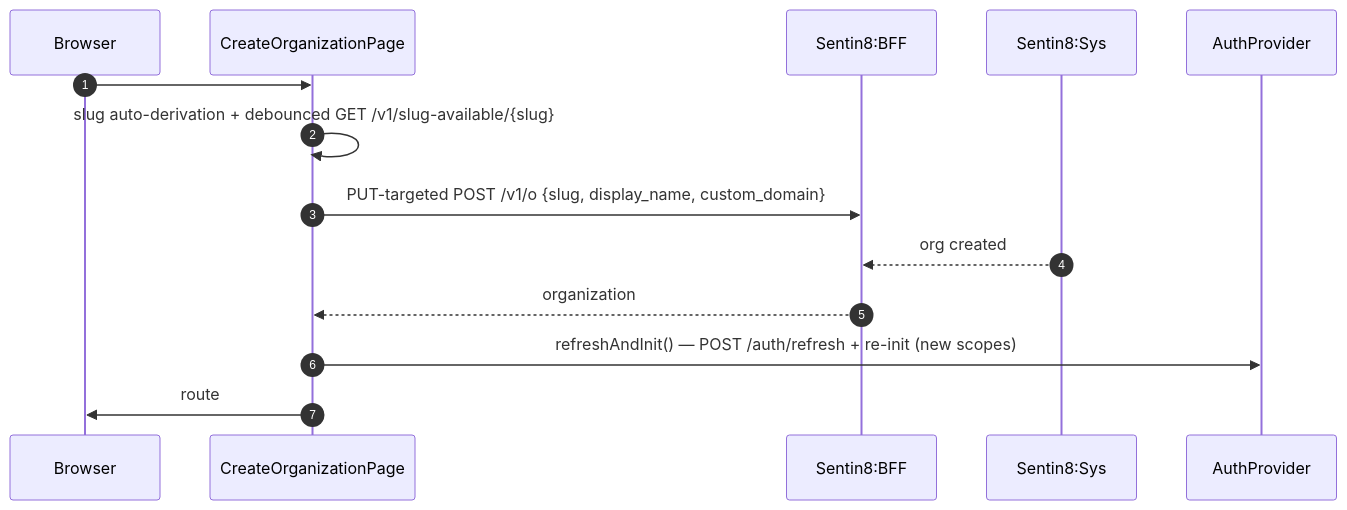
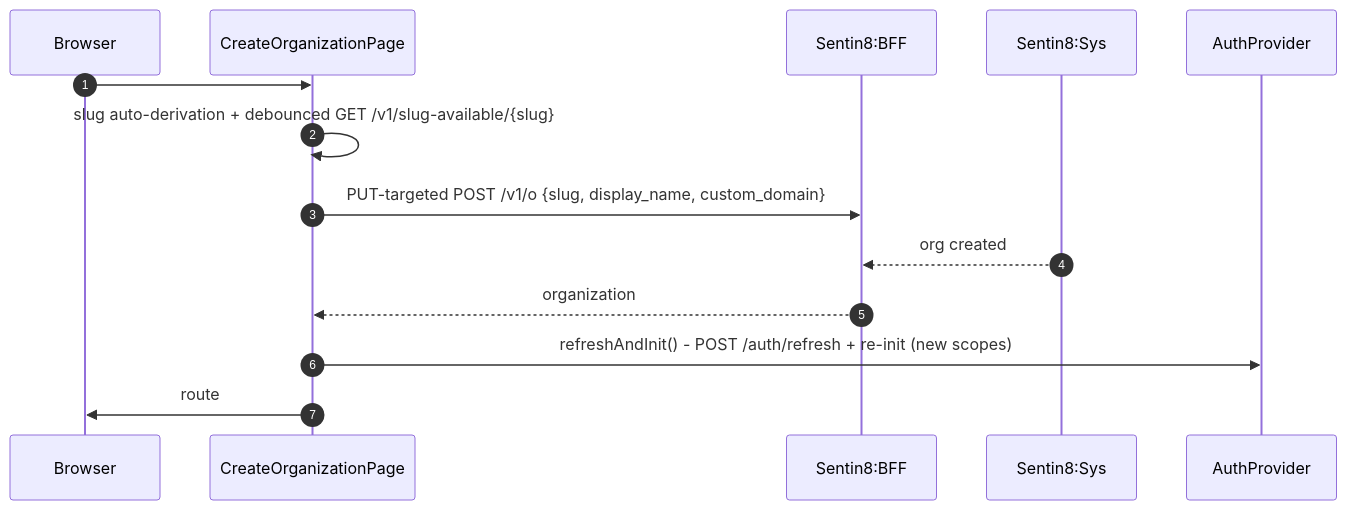
Before and after one commit to Sentin8/sentin8-site: the seventh of 9 diagrams in docs/apps/dash/design.md, drawn with Mermaid. The commit also changed other lines of this file and 105 other files, not shown here.

````diff
--- a/docs/apps/dash/design.md
+++ b/docs/apps/dash/design.md
@@ -221,16 +221,16 @@
 ```mermaid
 sequenceDiagram
     autonumber
     participant B as Browser
     participant C as CreateOrganizationPage
     participant BFF as Sentin8:BFF
     participant SYS as Sentin8:Sys
     participant P as AuthProvider
     B->>C: #/org/create
     C->>C: slug auto-derivation + debounced GET /v1/slug-available/{slug}
     C->>BFF: PUT-targeted POST /v1/o {slug, display_name, custom_domain}
     SYS-->>BFF: org created
     BFF-->>C: organization
-    C->>P: refreshAndInit() — POST /auth/refresh + re-init (new scopes)
+    C->>P: refreshAndInit() - POST /auth/refresh + re-init (new scopes)
     C->>B: route #/home?org={id}
 ```
````
